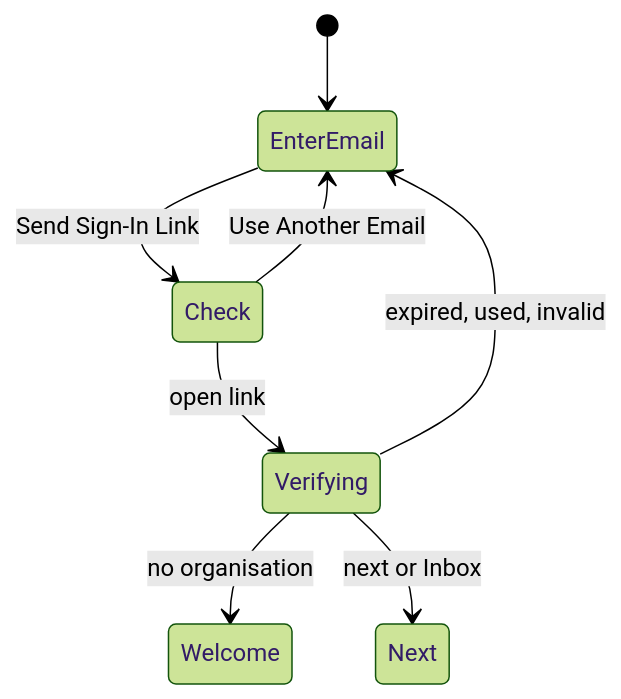
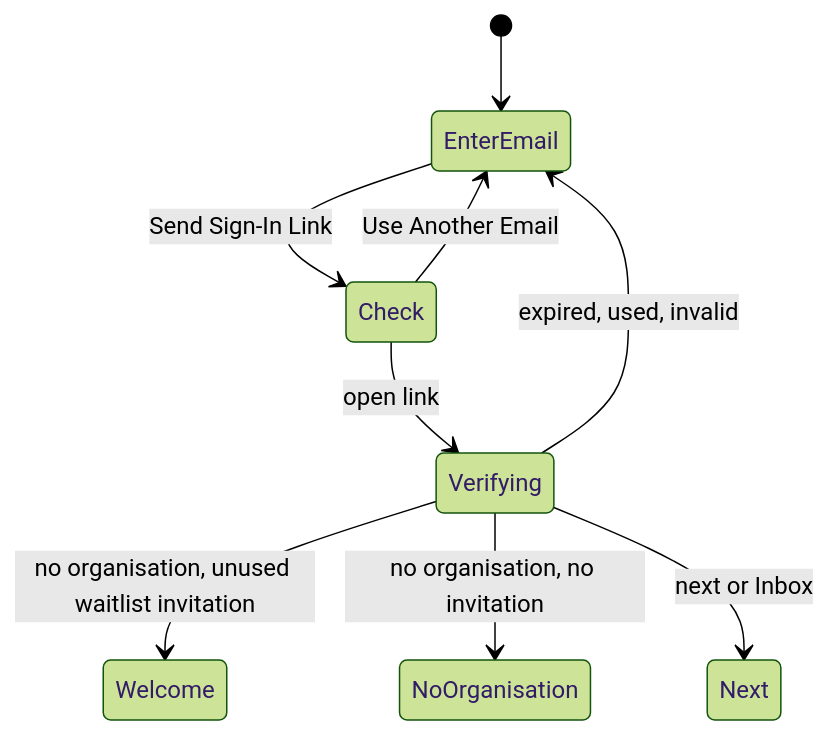
One commit to cdudek/snapmark changed the third of 3 diagrams in changes/2026-10-27-online-release-1/spec/interaction.md. Above: the diagram before and after it, drawn with Mermaid (forest theme). The commit also changed other lines of this file and 13 other files, not shown here.

````diff
--- a/changes/2026-10-27-online-release-1/spec/interaction.md
+++ b/changes/2026-10-27-online-release-1/spec/interaction.md
@@ -620,10 +675,11 @@
 ```mermaid
 stateDiagram
     [*] --> EnterEmail
     EnterEmail --> Check: Send Sign-In Link
     Check --> EnterEmail: Use Another Email
     Check --> Verifying: open link
-    Verifying --> Welcome: no organisation
+    Verifying --> Welcome: no organisation, unused waitlist invitation
+    Verifying --> NoOrganisation: no organisation, no invitation
     Verifying --> Next: next or Inbox
     Verifying --> EnterEmail: expired, used, invalid
 ```
````
